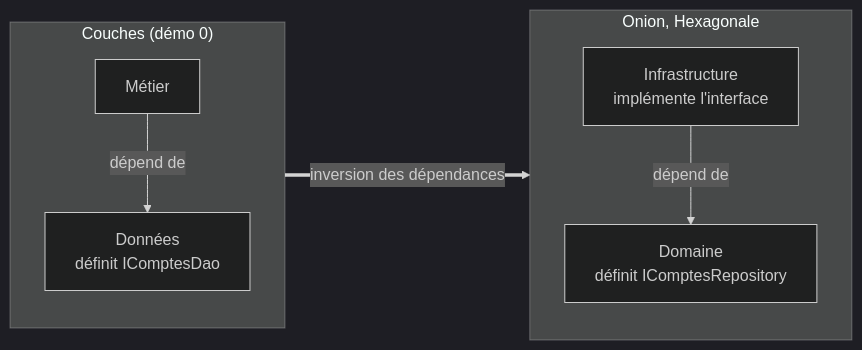
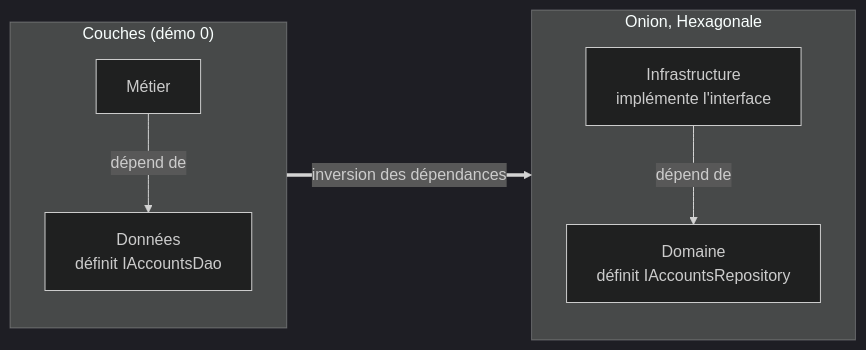
One commit to drangoht/ArchitecturesDemo changed the third of 3 diagrams in Docs/00-couches.md. Above: the diagram before and after it, drawn with Mermaid (dark theme). The commit also changed other lines of this file and 70 other files, not shown here.

Commit message:
Docs FR : identifiants, liens, diagrammes et sorties alignés sur le code anglais

````diff
--- a/Docs/00-couches.md
+++ b/Docs/00-couches.md
@@ -209,12 +209,12 @@
 ```mermaid
 flowchart LR
     subgraph Couches["Couches (démo 0)"]
         direction TB
-        M0["Métier"] -->|"dépend de"| D0["Données<br/>définit IComptesDao"]
+        M0["Métier"] -->|"dépend de"| D0["Données<br/>définit IAccountsDao"]
     end
     subgraph Onion["Onion, Hexagonale"]
         direction TB
-        D2["Infrastructure<br/>implémente l'interface"] -->|"dépend de"| M2["Domaine<br/>définit IComptesRepository"]
+        D2["Infrastructure<br/>implémente l'interface"] -->|"dépend de"| M2["Domaine<br/>définit IAccountsRepository"]
     end
     Couches ==>|"inversion des dépendances"| Onion
 ```
````
